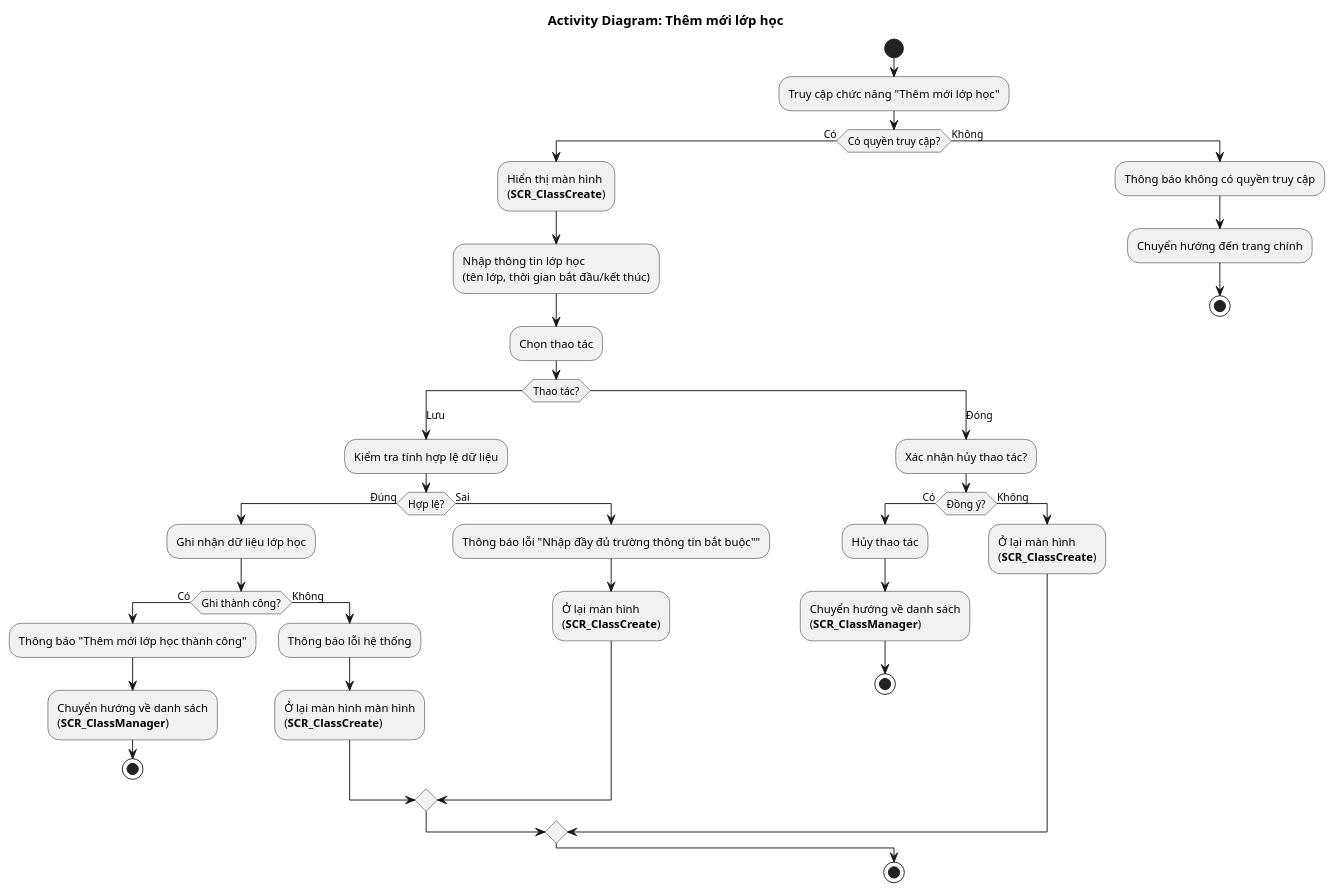
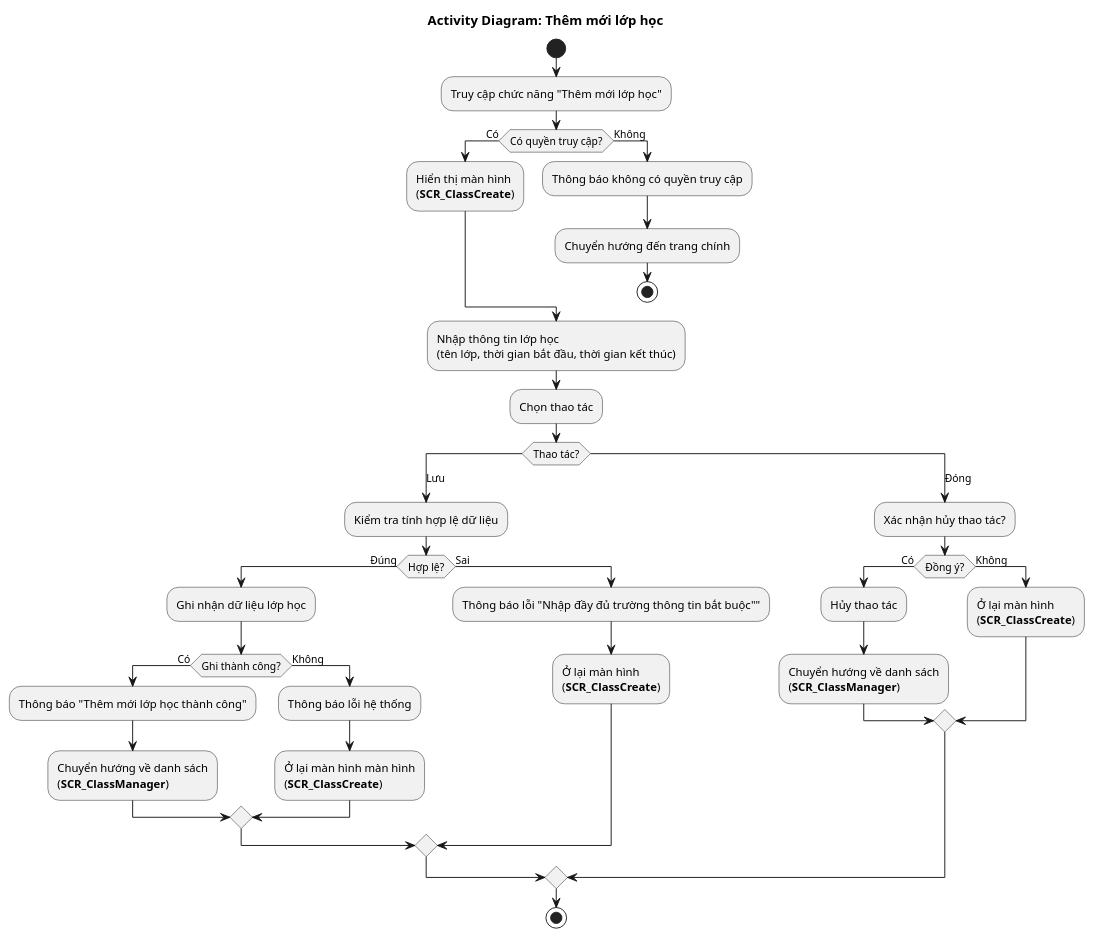
One commit to alvinnguyen9820-prog/TestPUML changed the diagram in 4.usecases/ClassManager/AD_ClassManager_Create.puml. Above: the diagram before and after it, drawn with PlantUML. The commit also changed 5 other files, not shown here.

```diff
--- a/4.usecases/ClassManager/AD_ClassManager_Create.puml
+++ b/4.usecases/ClassManager/AD_ClassManager_Create.puml
@@ -1,50 +1,46 @@
 @startuml AD_ClassManager_Create
 !pragma layout smetana
 title Activity Diagram: Thêm mới lớp học
 
 start
 :Truy cập chức năng "Thêm mới lớp học";
 
 if (Có quyền truy cập?) then (Có)
   :Hiển thị màn hình\n(**SCR_ClassCreate**);
+else (Không)
+  :Thông báo không có quyền truy cập;
+  :Chuyển hướng đến trang chính;
+  stop
+endif
   
-  :Nhập thông tin lớp học\n(tên lớp, thời gian bắt đầu/kết thúc);
+  :Nhập thông tin lớp học\n(tên lớp, thời gian bắt đầu, thời gian kết thúc);
 
   :Chọn thao tác;
 
   switch (Thao tác?)
     case (Lưu)
       :Kiểm tra tính hợp lệ dữ liệu;
       if (Hợp lệ?) then (Đúng)
         :Ghi nhận dữ liệu lớp học;
           if (Ghi thành công?) then (Có)
             :Thông báo "Thêm mới lớp học thành công";
             :Chuyển hướng về danh sách\n(**SCR_ClassManager**);
-            stop
           else (Không)
             :Thông báo lỗi hệ thống;
             :Ở lại màn hình màn hình\n(**SCR_ClassCreate**);
           endif
       else (Sai)
         :Thông báo lỗi "Nhập đầy đủ trường thông tin bắt buộc"";
         :Ở lại màn hình\n(**SCR_ClassCreate**);
       endif
-
     case (Đóng)
       :Xác nhận hủy thao tác?;
       if (Đồng ý?) then (Có)
         :Hủy thao tác;
         :Chuyển hướng về danh sách\n(**SCR_ClassManager**);
-        stop
       else (Không)
         :Ở lại màn hình\n(**SCR_ClassCreate**);
       endif
   endswitch
-else (Không)
-  :Thông báo không có quyền truy cập;
-  :Chuyển hướng đến trang chính;
   stop
-endif
-
-stop
 @enduml
```
